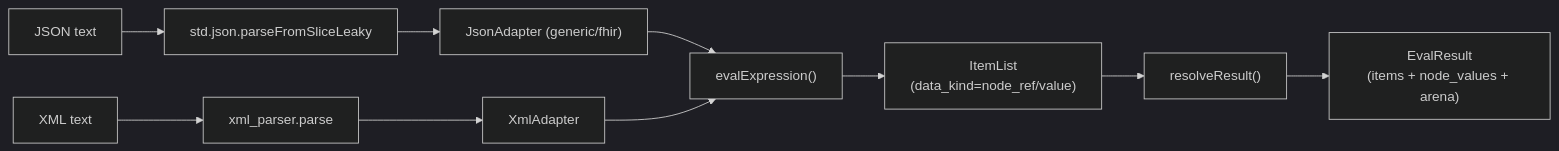
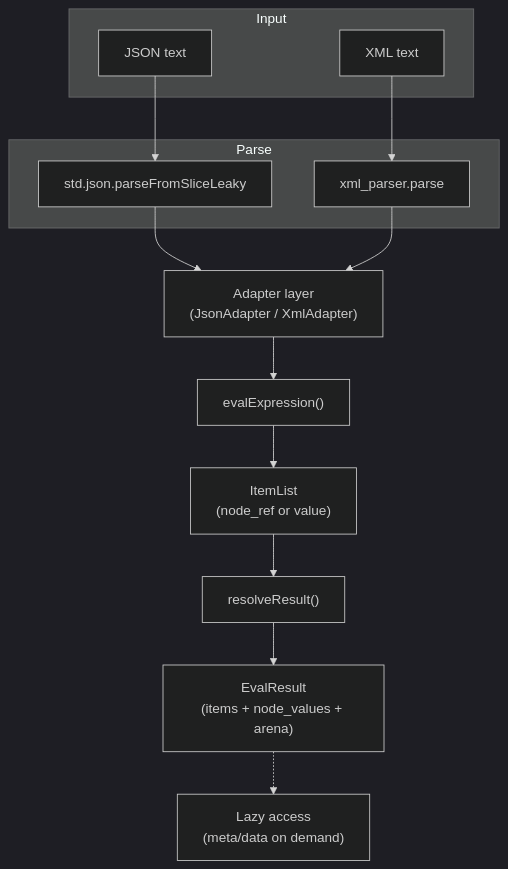
One commit to jmandel/fhirpath.zig changed the first of 3 diagrams in design.md. Above: the diagram before and after it, drawn with Mermaid (dark theme). The commit also changed other lines of this file, not shown here.

Commit message:
docs: simplify architecture diagrams

````diff
--- a/design.md
+++ b/design.md
@@ -137,15 +137,26 @@
 ```mermaid
-flowchart LR
-  JsonText["JSON text"] --> JsonParse["std.json.parseFromSliceLeaky"]
-  XmlText["XML text"] --> XmlParse["xml_parser.parse"]
+flowchart TB
+  subgraph Input
+    JsonText["JSON text"]
+    XmlText["XML text"]
+  end
 
-  JsonParse --> JsonAdapter["JsonAdapter (generic/fhir)"]
-  XmlParse --> XmlAdapter["XmlAdapter"]
+  subgraph Parse
+    JsonParse["std.json.parseFromSliceLeaky"]
+    XmlParse["xml_parser.parse"]
+  end
 
-  JsonAdapter --> Eval["evalExpression()"]
-  XmlAdapter --> Eval
+  Adapter["Adapter layer<br/>(JsonAdapter / XmlAdapter)"]
+  Eval["evalExpression()"]
+  Items["ItemList<br/>(node_ref or value)"]
+  Resolve["resolveResult()"]
+  Result["EvalResult<br/>(items + node_values + arena)"]
+  Access["Lazy access<br/>(meta/data on demand)"]
 
-  Eval --> Items["ItemList\n(data_kind=node_ref/value)"]
-  Items --> Resolve["resolveResult()"]
-  Resolve --> Result["EvalResult\n(items + node_values + arena)"]
+  JsonText --> JsonParse
+  XmlText --> XmlParse
+  JsonParse --> Adapter
+  XmlParse --> Adapter
+  Adapter --> Eval --> Items --> Resolve --> Result
+  Result -.-> Access
 ```
````
